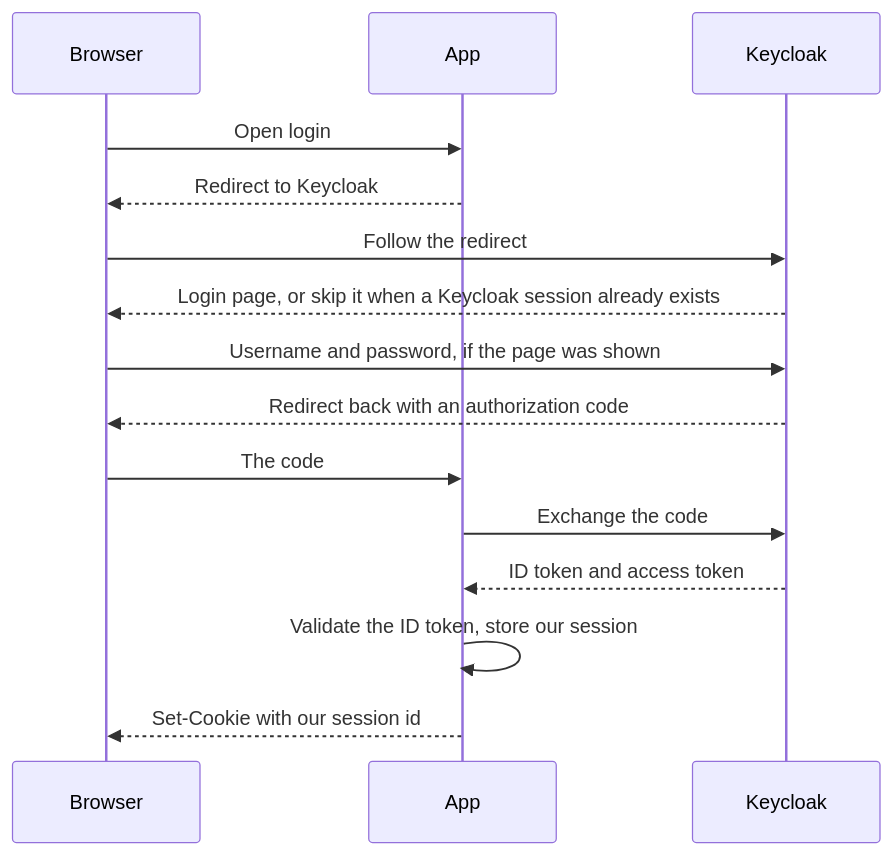
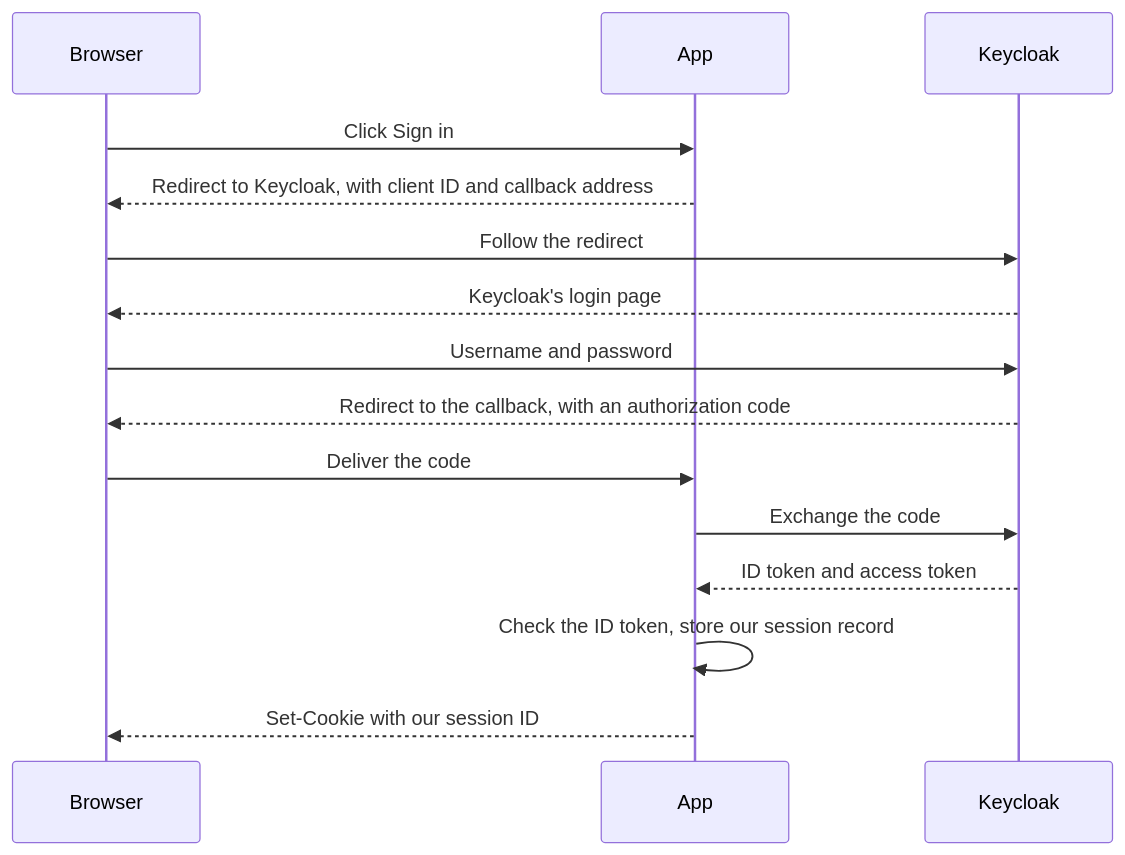
The fourth of 6 diagrams in auth/README.md (tgogos/CS_notes), drawn with Mermaid before and after one commit. The commit also changed other lines of this file, not shown here.

Commit message:
Walk through the Keycloak login and the access token so each handoff says what is stored, sent, and checked.

````diff
--- a/auth/README.md
+++ b/auth/README.md
@@ -231,18 +239,18 @@
 ```mermaid
 sequenceDiagram
   participant Browser
   participant App
   participant Keycloak
 
-  Browser->>App: Open login
-  App-->>Browser: Redirect to Keycloak
+  Browser->>App: Click Sign in
+  App-->>Browser: Redirect to Keycloak, with client ID and callback address
   Browser->>Keycloak: Follow the redirect
-  Keycloak-->>Browser: Login page, or skip it when a Keycloak session already exists
-  Browser->>Keycloak: Username and password, if the page was shown
-  Keycloak-->>Browser: Redirect back with an authorization code
-  Browser->>App: The code
+  Keycloak-->>Browser: Keycloak's login page
+  Browser->>Keycloak: Username and password
+  Keycloak-->>Browser: Redirect to the callback, with an authorization code
+  Browser->>App: Deliver the code
   App->>Keycloak: Exchange the code
   Keycloak-->>App: ID token and access token
-  App->>App: Validate the ID token, store our session
-  App-->>Browser: Set-Cookie with our session id
+  App->>App: Check the ID token, store our session record
+  App-->>Browser: Set-Cookie with our session ID
 ```
````
